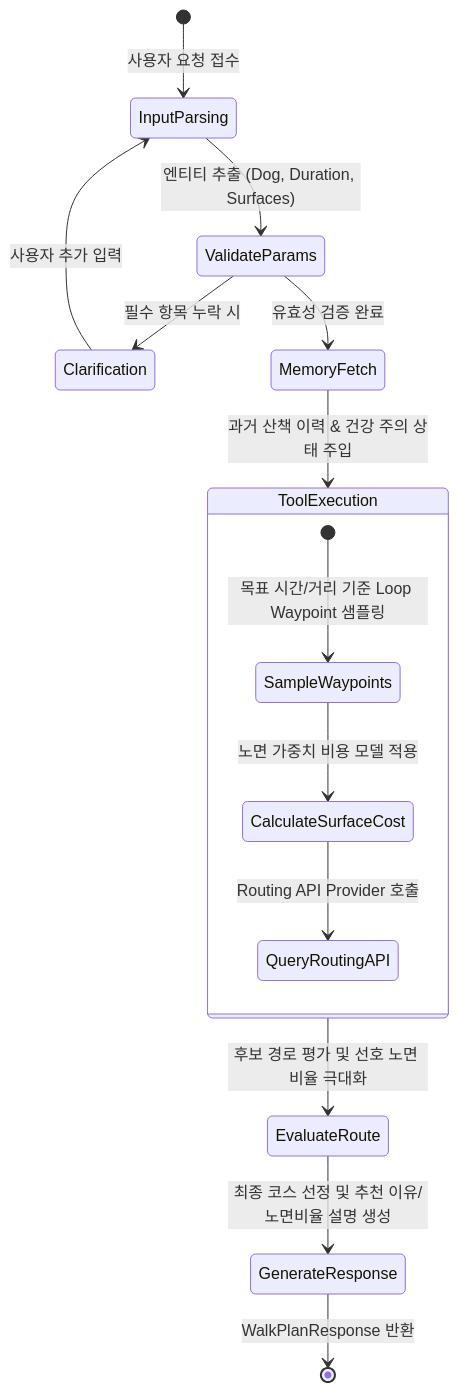
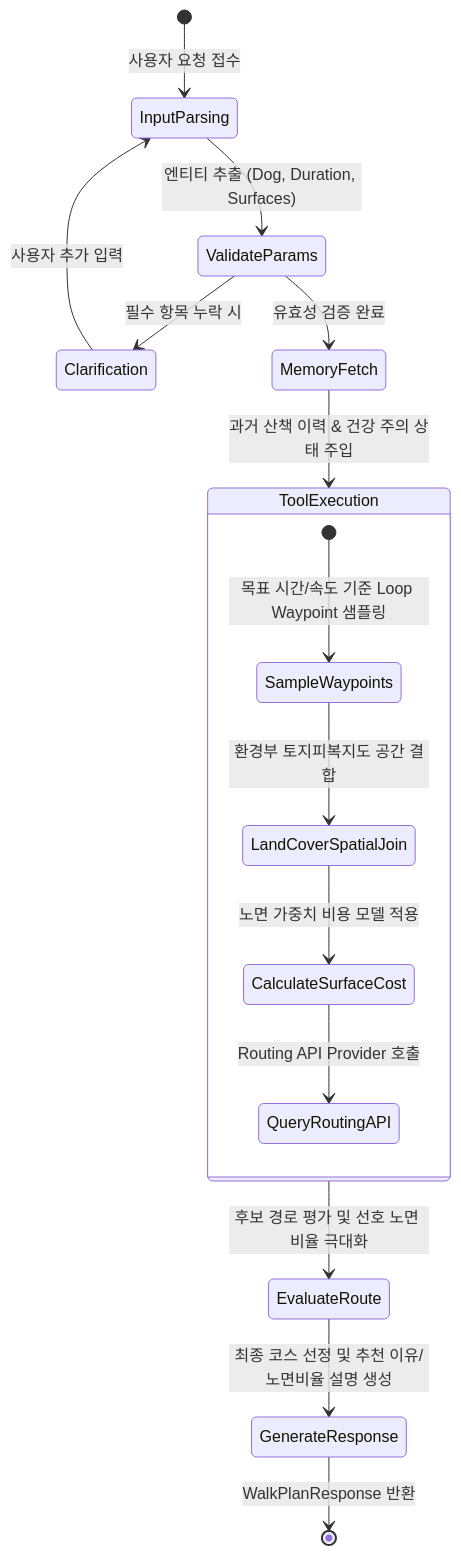
One commit to gigantess/PawTrail changed the second of 6 diagrams in docs/04_PawTrail_Architecture_Design.md. Above: the diagram before and after it, drawn with Mermaid. The commit also changed other lines of this file and 11 other files, not shown here.

````diff
--- a/docs/04_PawTrail_Architecture_Design.md
+++ b/docs/04_PawTrail_Architecture_Design.md
@@ -144,22 +150,23 @@
 ```mermaid
 stateDiagram-v2
     [*] --> InputParsing: 사용자 요청 접수
     InputParsing --> ValidateParams: 엔티티 추출 (Dog, Duration, Surfaces)
     
     state ValidateParams <<choice>>
     ValidateParams --> Clarification: 필수 항목 누락 시
     ValidateParams --> MemoryFetch: 유효성 검증 완료
     
     Clarification --> InputParsing: 사용자 추가 입력
     MemoryFetch --> ToolExecution: 과거 산책 이력 & 건강 주의 상태 주입
     
     state ToolExecution {
-        [*] --> SampleWaypoints: 목표 시간/거리 기준 Loop Waypoint 샘플링
-        SampleWaypoints --> CalculateSurfaceCost: 노면 가중치 비용 모델 적용
+        [*] --> SampleWaypoints: 목표 시간/속도 기준 Loop Waypoint 샘플링
+        SampleWaypoints --> LandCoverSpatialJoin: 환경부 토지피복지도 공간 결합
+        LandCoverSpatialJoin --> CalculateSurfaceCost: 노면 가중치 비용 모델 적용
         CalculateSurfaceCost --> QueryRoutingAPI: Routing API Provider 호출
     }
     
     ToolExecution --> EvaluateRoute: 후보 경로 평가 및 선호 노면 비율 극대화
     EvaluateRoute --> GenerateResponse: 최종 코스 선정 및 추천 이유/노면비율 설명 생성
     GenerateResponse --> [*]: WalkPlanResponse 반환
 ```
````
